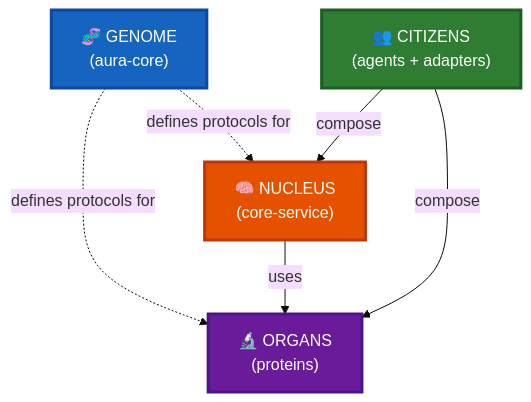
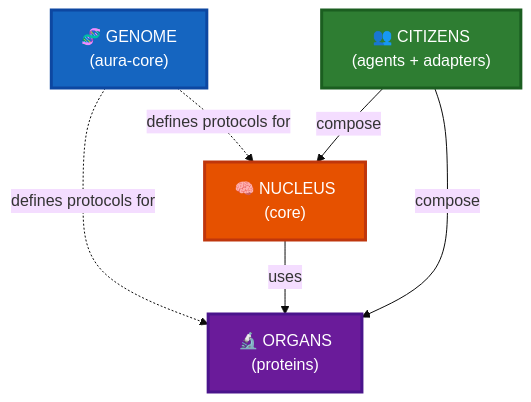
One commit to zaebee/aura changed the second of 3 diagrams in docs/visual/hive/four-levels.md. Above: the diagram before and after it, drawn with Mermaid (base theme). The commit also changed other lines of this file and 7 other files, not shown here.

First line of the commit message:
docs(visual): remediate Gemini review round 5 + align with core-service→core migration

````diff
--- a/docs/visual/hive/four-levels.md
+++ b/docs/visual/hive/four-levels.md
@@ -274,18 +274,18 @@
 ```mermaid
 flowchart TB
     Genome["🧬 GENOME<br/>(aura-core)"]
-    Nucleus["🧠 NUCLEUS<br/>(core-service)"]
+    Nucleus["🧠 NUCLEUS<br/>(core)"]
     Organs["🔬 ORGANS<br/>(proteins)"]
     Citizens["👥 CITIZENS<br/>(agents + adapters)"]
 
     Genome -.->|"defines protocols for"| Nucleus
     Genome -.->|"defines protocols for"| Organs
     Nucleus -->|"uses"| Organs
     Citizens -->|"compose"| Nucleus
     Citizens -->|"compose"| Organs
 
     style Genome fill:#1565c0,color:#fff,stroke:#0d47a1,stroke-width:3px
     style Nucleus fill:#e65100,color:#fff,stroke:#bf360c,stroke-width:3px
     style Organs fill:#6a1b9a,color:#fff,stroke:#4a148c,stroke-width:3px
     style Citizens fill:#2e7d32,color:#fff,stroke:#1b5e20,stroke-width:3px
 ```
````
